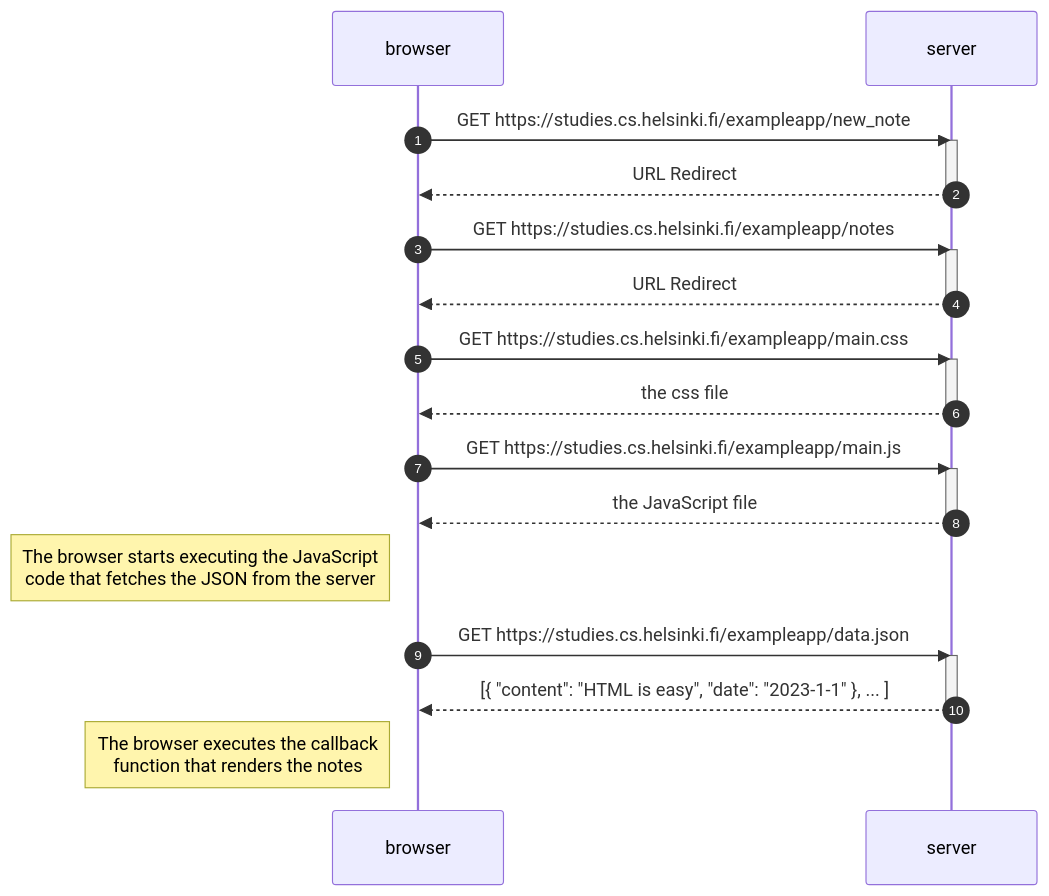
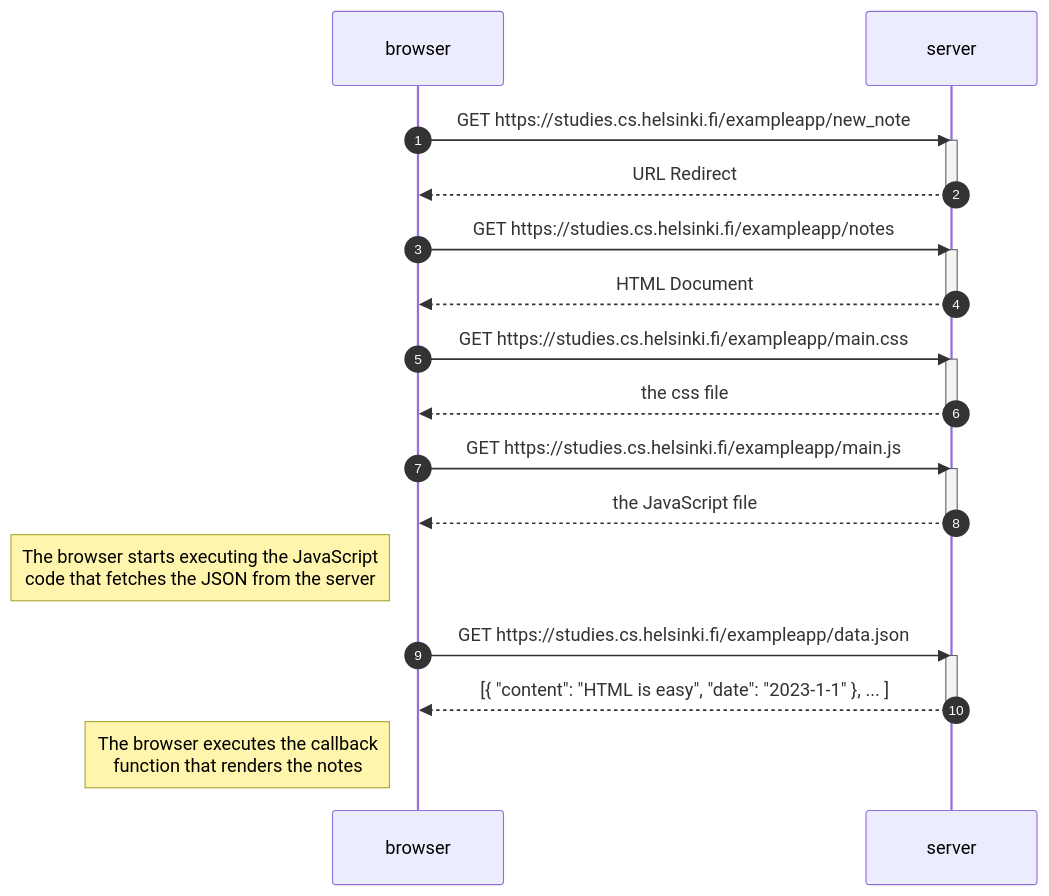
Before and after one commit to joshitobuba/example_app: the diagram in part0/exercise_0_4.md, drawn with Mermaid.

````diff
--- a/part0/exercise_0_4.md
+++ b/part0/exercise_0_4.md
@@ -1,35 +1,35 @@
 ```mermaid
   sequenceDiagram
     autonumber
     participant browser
     participant server
 
     browser->>server: GET https://studies.cs.helsinki.fi/exampleapp/new_note
     activate server
     server-->>browser: URL Redirect
     deactivate server
 
     browser->>server: GET https://studies.cs.helsinki.fi/exampleapp/notes
     activate server
-    server-->>browser: URL Redirect
+    server-->>browser: HTML Document
     deactivate server
 
     browser->>server: GET https://studies.cs.helsinki.fi/exampleapp/main.css
     activate server
     server-->>browser: the css file
     deactivate server
 
     browser->>server: GET https://studies.cs.helsinki.fi/exampleapp/main.js
     activate server
     server-->>browser: the JavaScript file
     deactivate server
 
     note left of browser: The browser starts executing the JavaScript<br/>code that fetches the JSON from the server
 
     browser->>server: GET https://studies.cs.helsinki.fi/exampleapp/data.json
     activate server
     server-->>browser: [{ "content": "HTML is easy", "date": "2023-1-1" }, ... ]
     deactivate server
 
     note left of browser: The browser executes the callback<br/>function that renders the notes
 ```
````
